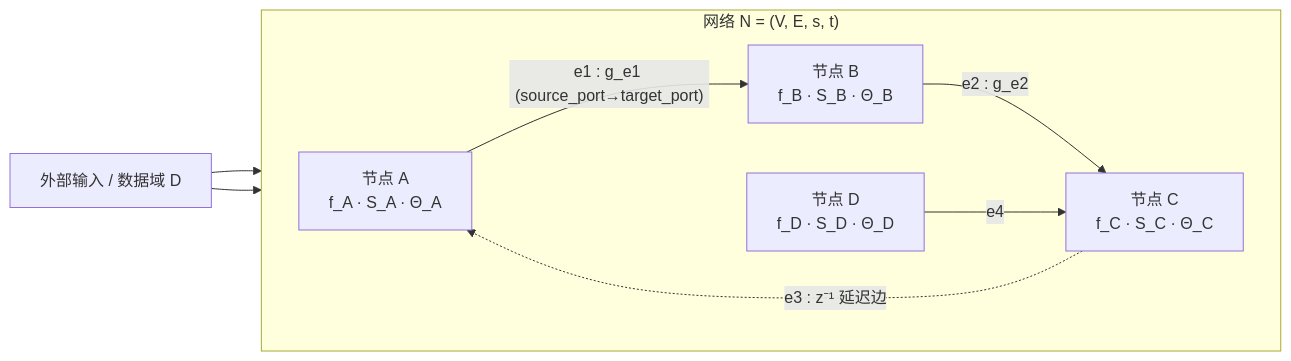
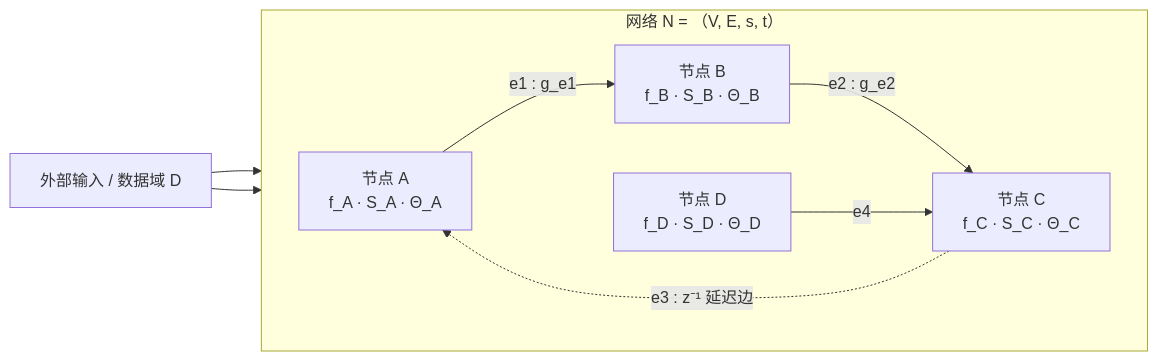
Before and after one commit to qgfn106-blip/NetLab: the first of 4 diagrams in netlab/docs/math/ARCHITECTURE_MATH.md, drawn with Mermaid. The commit also changed other lines of this file and 4 other files, not shown here.

Commit message:
docs(math): 修复 Mermaid 语法与图示文字遮挡，补充核心类定义源码

````diff
--- a/netlab/docs/math/ARCHITECTURE_MATH.md
+++ b/netlab/docs/math/ARCHITECTURE_MATH.md
@@ -140,12 +140,12 @@
 ```mermaid
 graph LR
-    subgraph NET["网络 N = (V, E, s, t)"]
+    subgraph NET["网络 N = （V, E, s, t）"]
         direction LR
-        A["节点 A<br/>f_A · S_A · Θ_A"] -- "e1 : g_e1 (source_port→target_port)" --> B["节点 B<br/>f_B · S_B · Θ_B"]
+        A["节点 A<br/>f_A · S_A · Θ_A"] -- "e1 : g_e1" --> B["节点 B<br/>f_B · S_B · Θ_B"]
         B -- "e2 : g_e2" --> C["节点 C<br/>f_C · S_C · Θ_C"]
         C -. "e3 : z⁻¹ 延迟边" .-> A
         D["节点 D<br/>f_D · S_D · Θ_D"] -- "e4" --> C
     end
     X["外部输入 / 数据域 D"] --> A
     X --> D
 ```
````
